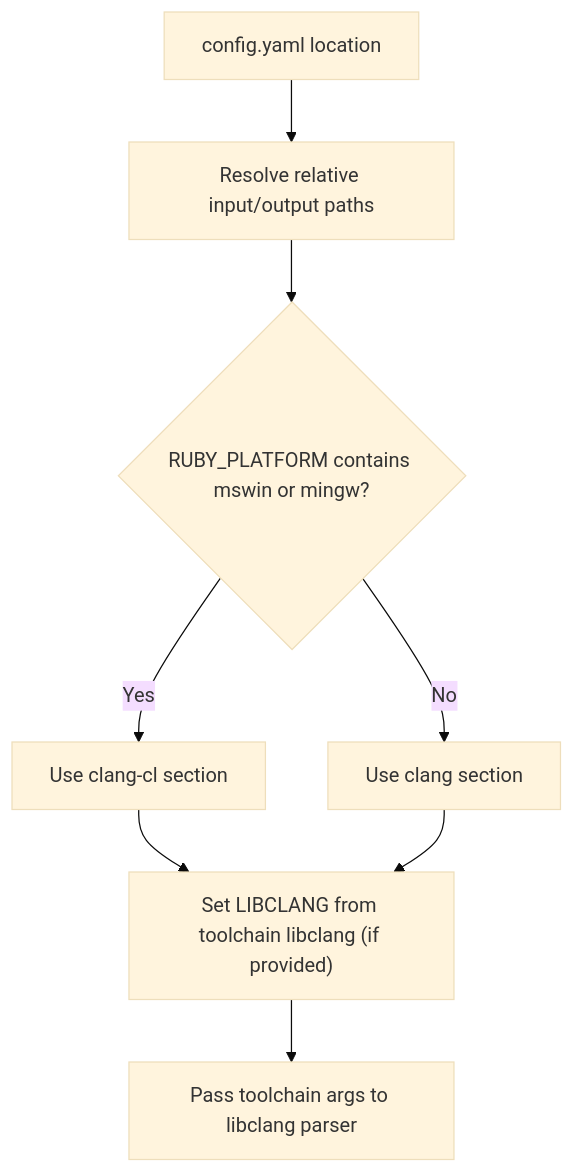
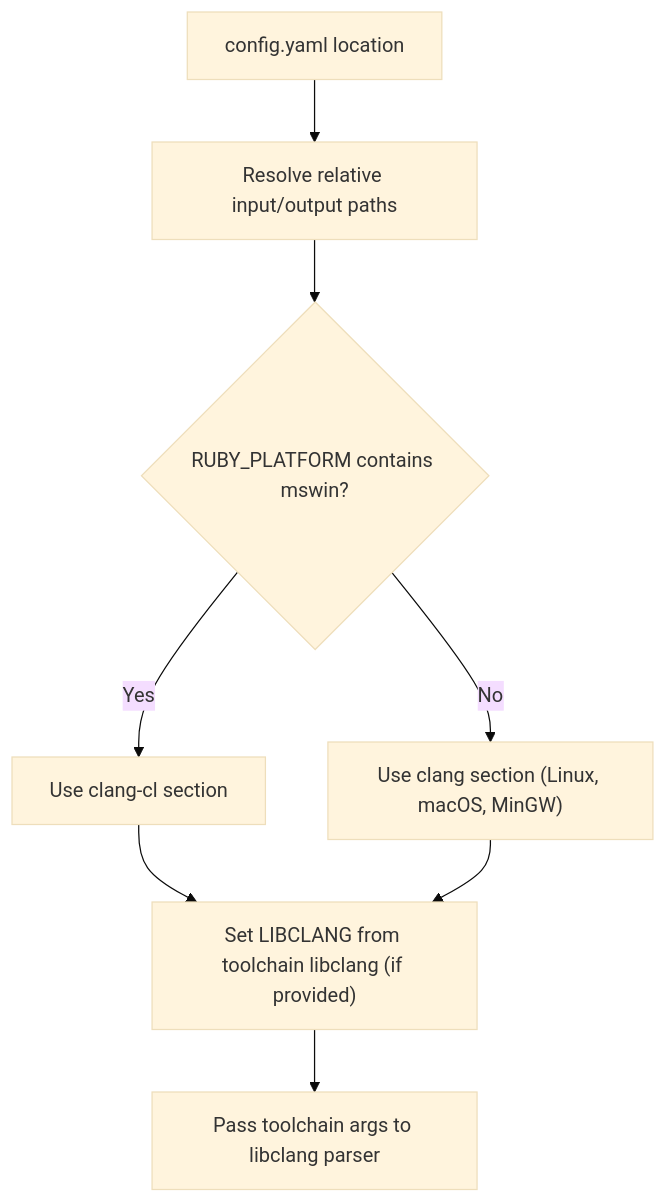
The diagram in docs/configuration.md (ruby-rice/ruby-bindgen), drawn with Mermaid (base theme) before and after one commit. The commit also changed other lines of this file and 13 other files, not shown here.

Commit message:
More doc updates and use clang-cl only with mswin.

````diff
--- a/docs/configuration.md
+++ b/docs/configuration.md
@@ -73,10 +73,10 @@
 ```mermaid
 flowchart TD
   A["config.yaml location"] --> B["Resolve relative input/output paths"]
-  B --> C{"RUBY_PLATFORM contains mswin or mingw?"}
+  B --> C{"RUBY_PLATFORM contains mswin?"}
   C -->|Yes| D["Use clang-cl section"]
-  C -->|No| E["Use clang section"]
+  C -->|No| E["Use clang section (Linux, macOS, MinGW)"]
   D --> F["Set LIBCLANG from toolchain libclang (if provided)"]
   E --> F
   F --> G["Pass toolchain args to libclang parser"]
 ```
````
